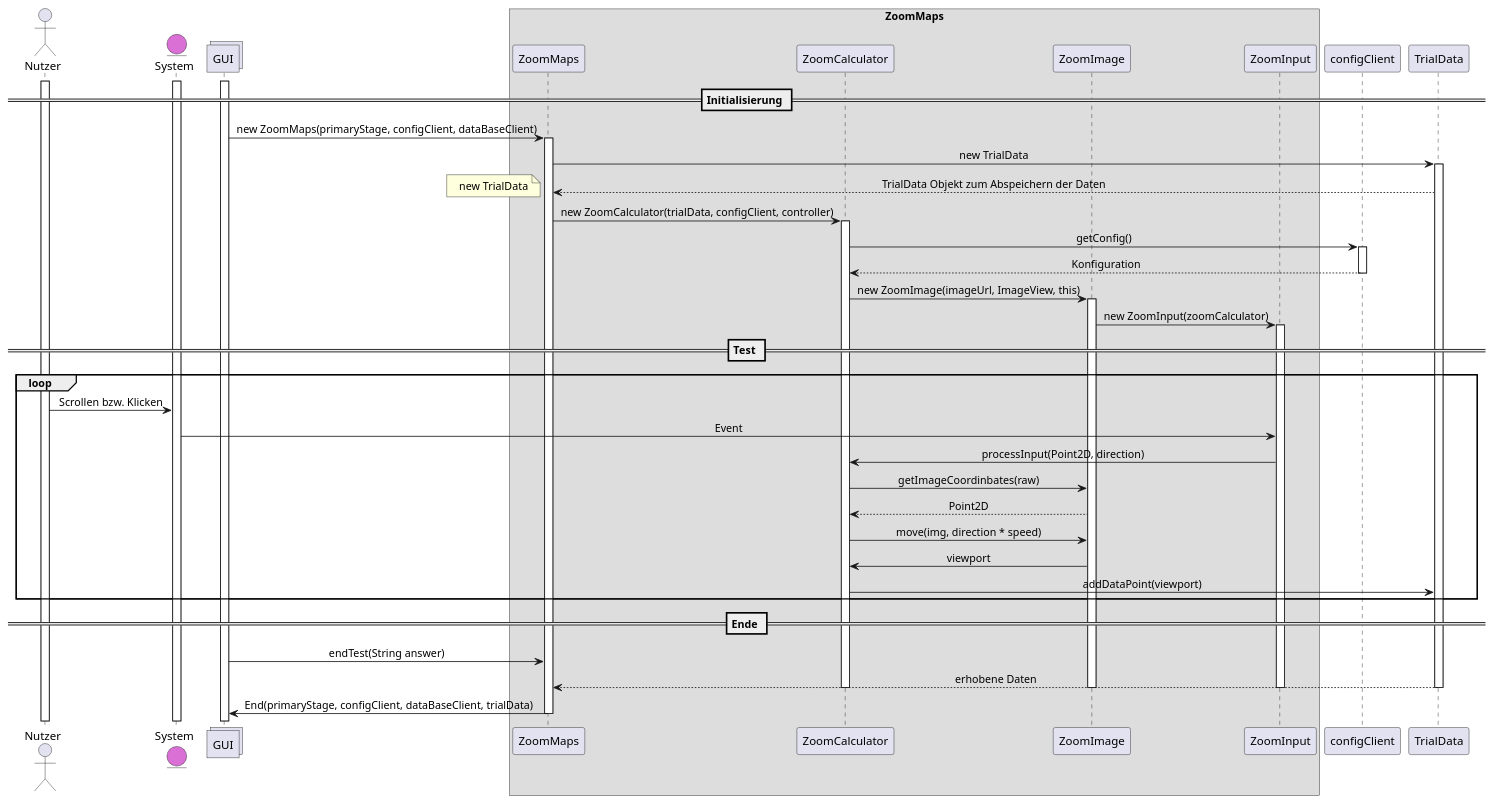
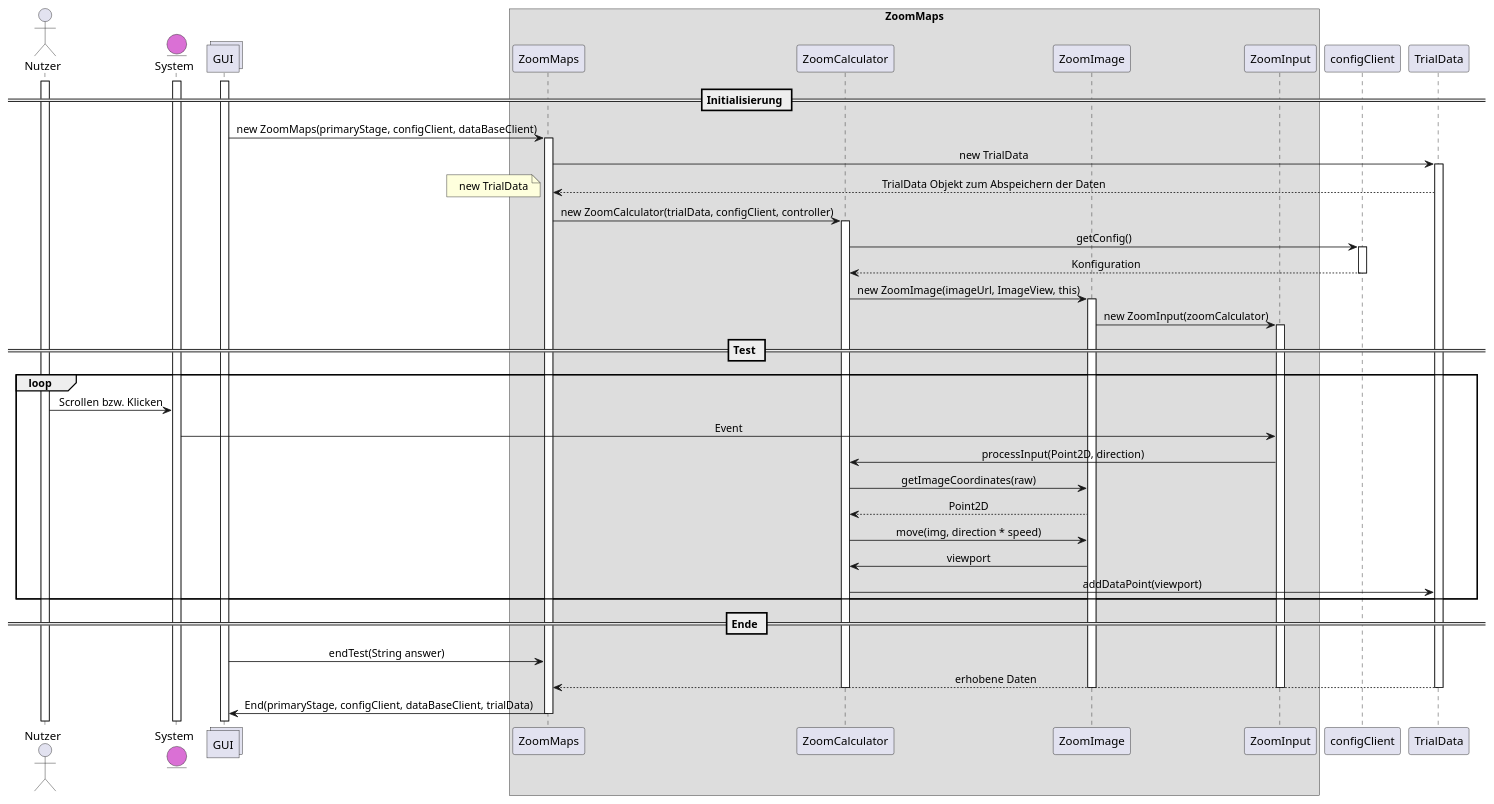
One commit to weichware-10/dokumente changed the diagram in uml-sequence/zoommaps/sequenz-zoommaps.puml. Above: the diagram before and after it, drawn with PlantUML.

```diff
--- a/uml-sequence/zoommaps/sequenz-zoommaps.puml
+++ b/uml-sequence/zoommaps/sequenz-zoommaps.puml
@@ -1,67 +1,67 @@
 @startuml zoommaps
 skinparam defaultTextAlignment center
 
 actor       Nutzer          as n
 entity      System          as s    #DA70D5
 collections GUI             as g
 
 box ZoomMaps
 
 participant ZoomMaps        as zm
 participant ZoomCalculator  as zc
 participant ZoomImage       as zb
 participant ZoomInput       as zi
 end box
 
 participant configClient    as c
 participant TrialData       as td
 
 activate n
 activate s
 activate g
 
 == Initialisierung ==
 g -> zm : new ZoomMaps(primaryStage, configClient, dataBaseClient)
 activate zm
 
 zm -> td : new TrialData
 activate td
 td --> zm : TrialData Objekt zum Abspeichern der Daten
 note left : new TrialData
 deactivate c
 
 zm -> zc : new ZoomCalculator(trialData, configClient, controller)
 activate zc
 zc -> c : getConfig()
 activate c
 c --> zc : Konfiguration
 deactivate c
 zc -> zb : new ZoomImage(imageUrl, ImageView, this)
 activate zb
 zb -> zi : new ZoomInput(zoomCalculator)
 activate zi
 
 == Test ==
 loop
     n -> s : Scrollen bzw. Klicken
     s -> zi : Event
     zi -> zc : processInput(Point2D, direction)
-    zc -> zb : getImageCoordinbates(raw)
+    zc -> zb : getImageCoordinates(raw)
     zb --> zc : Point2D
     zc -> zb : move(img, direction * speed)
     zb -> zc : viewport
     zc -> td : addDataPoint(viewport)
 
 end
 
 == Ende ==
 g -> zm : endTest(String answer)
 td --> zm : erhobene Daten
 deactivate zb
 deactivate td
 deactivate zc
 deactivate zi
 zm -> g : End(primaryStage, configClient, dataBaseClient, trialData)
 deactivate zm
 
 @enduml
```
